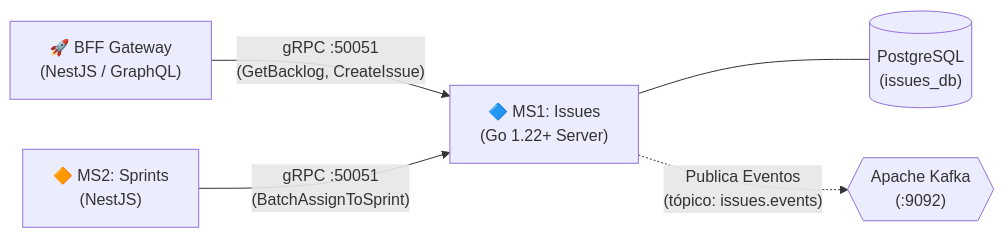
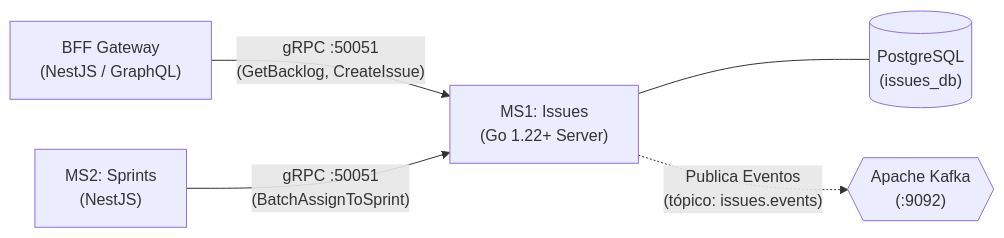
Before and after one commit to ElMatsiii/jira-issues-go: the diagram in README.md, drawn with Mermaid. The commit also changed other lines of this file and 1 other file, not shown here.

````diff
--- a/README.md
+++ b/README.md
@@ -15,8 +15,8 @@
 ```mermaid
 flowchart LR
-    BFF["🚀 BFF Gateway\n(NestJS / GraphQL)"] -->|"gRPC :50051\n(GetBacklog, CreateIssue)"| GO["🔷 MS1: Issues\n(Go 1.22+ Server)"]
-    S2["🔶 MS2: Sprints\n(NestJS)"] -->|"gRPC :50051\n(BatchAssignToSprint)"| GO
+    BFF["BFF Gateway\n(NestJS / GraphQL)"] -->|"gRPC :50051\n(GetBacklog, CreateIssue)"| GO["MS1: Issues\n(Go 1.22+ Server)"]
+    S2["MS2: Sprints\n(NestJS)"] -->|"gRPC :50051\n(BatchAssignToSprint)"| GO
     
     GO --- DB[("PostgreSQL\n(issues_db)")]
     GO -.->|"Publica Eventos\n(tópico: issues.events)"| KAFKA{{"Apache Kafka\n(:9092)"}}
 ```
````
